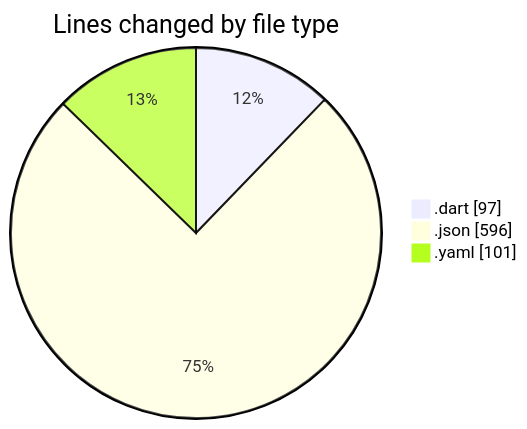
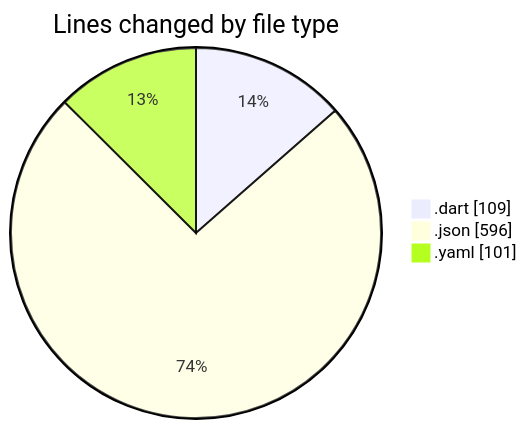
One commit to donsfak/code-tracking changed the first of 2 diagrams in 2025-02-21/uber_clone/README.md. Above: the diagram before and after it, drawn with Mermaid. The commit also changed other lines of this file and 1 other file, not shown here.

````diff
--- a/2025-02-21/uber_clone/README.md
+++ b/2025-02-21/uber_clone/README.md
@@ -25,7 +25,7 @@
 ```mermaid
 pie showData
 title Lines changed by file type
-".dart" : 97
+".dart" : 109
 ".json" : 596
 ".yaml" : 101
 ```
````
